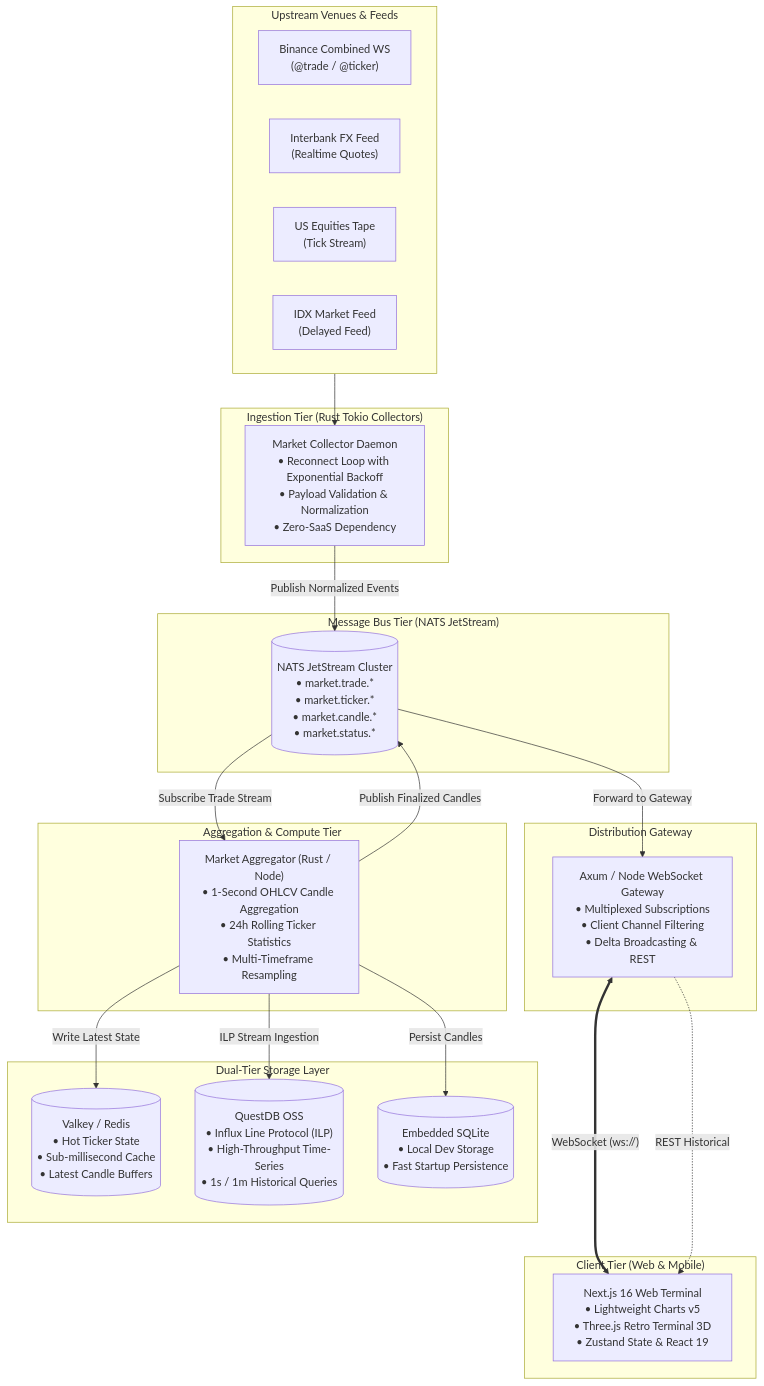
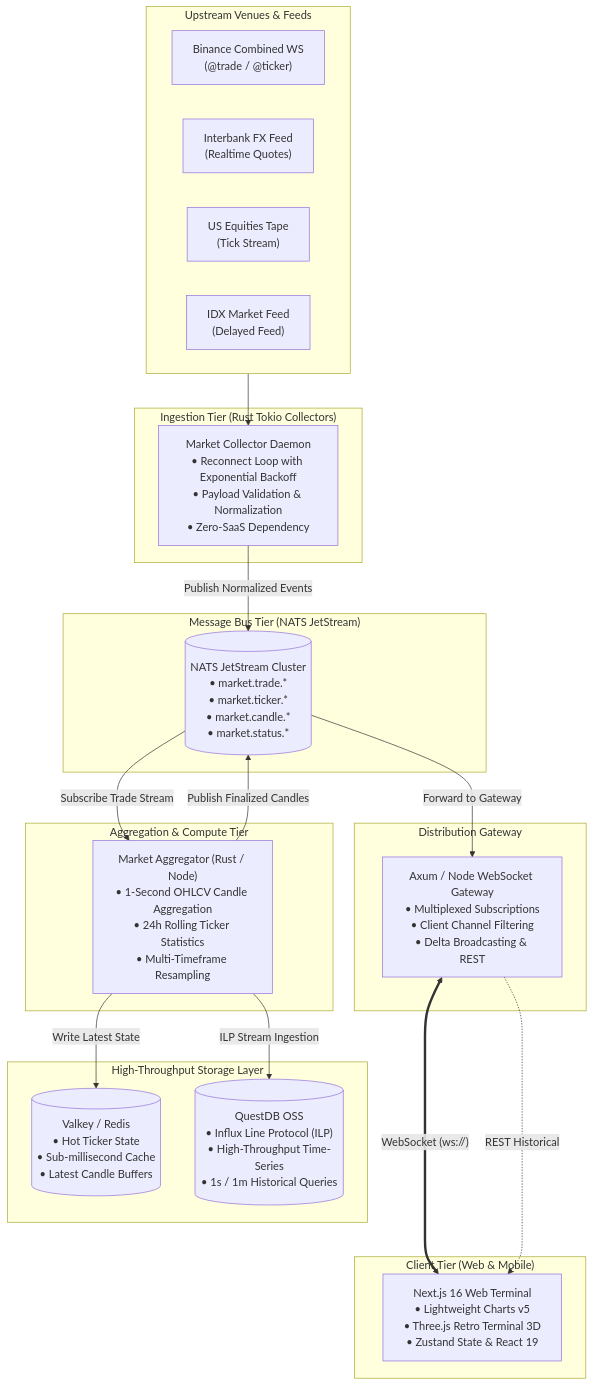
The diagram in README.md (jati251/gorengan-index), drawn with Mermaid before and after one commit. The commit also changed other lines of this file and 11 other files, not shown here.

````diff
--- a/README.md
+++ b/README.md
@@ -146,46 +146,44 @@
 ```mermaid
 flowchart TD
     subgraph Upstream["Upstream Venues & Feeds"]
         B_WS["Binance Combined WS\n(@trade / @ticker)"]
         FX_WS["Interbank FX Feed\n(Realtime Quotes)"]
         US_TAPE["US Equities Tape\n(Tick Stream)"]
         IDX_TAPE["IDX Market Feed\n(Delayed Feed)"]
     end
 
     subgraph Ingestion["Ingestion Tier (Rust Tokio Collectors)"]
         COL["Market Collector Daemon\n• Reconnect Loop with Exponential Backoff\n• Payload Validation & Normalization\n• Zero-SaaS Dependency"]
     end
 
     subgraph Bus["Message Bus Tier (NATS JetStream)"]
         NATS[("NATS JetStream Cluster\n• market.trade.* \n• market.ticker.* \n• market.candle.* \n• market.status.*")]
     end
 
     subgraph Processing["Aggregation & Compute Tier"]
         AGG["Market Aggregator (Rust / Node)\n• 1-Second OHLCV Candle Aggregation\n• 24h Rolling Ticker Statistics\n• Multi-Timeframe Resampling"]
     end
 
-    subgraph Storage["Dual-Tier Storage Layer"]
+    subgraph Storage["High-Throughput Storage Layer"]
         VALKEY[("Valkey / Redis\n• Hot Ticker State\n• Sub-millisecond Cache\n• Latest Candle Buffers")]
         QUESTDB[("QuestDB OSS\n• Influx Line Protocol (ILP)\n• High-Throughput Time-Series\n• 1s / 1m Historical Queries")]
-        SQLITE[("Embedded SQLite\n• Local Dev Storage\n• Fast Startup Persistence")]
     end
 
     subgraph GatewayTier["Distribution Gateway"]
         GW["Axum / Node WebSocket Gateway\n• Multiplexed Subscriptions\n• Client Channel Filtering\n• Delta Broadcasting & REST"]
     end
 
     subgraph ClientTier["Client Tier (Web & Mobile)"]
         WEB["Next.js 16 Web Terminal\n• Lightweight Charts v5\n• Three.js Retro Terminal 3D\n• Zustand State & React 19"]
     end
 
     Upstream --> COL
     COL -->|"Publish Normalized Events"| NATS
     NATS -->|"Subscribe Trade Stream"| AGG
     AGG -->|"Write Latest State"| VALKEY
     AGG -->|"ILP Stream Ingestion"| QUESTDB
-    AGG -->|"Persist Candles"| SQLITE
     AGG -->|"Publish Finalized Candles"| NATS
     NATS -->|"Forward to Gateway"| GW
     GW <===>|"WebSocket (ws://)"| WEB
     GW -.->|"REST Historical"| WEB
 ```
````
